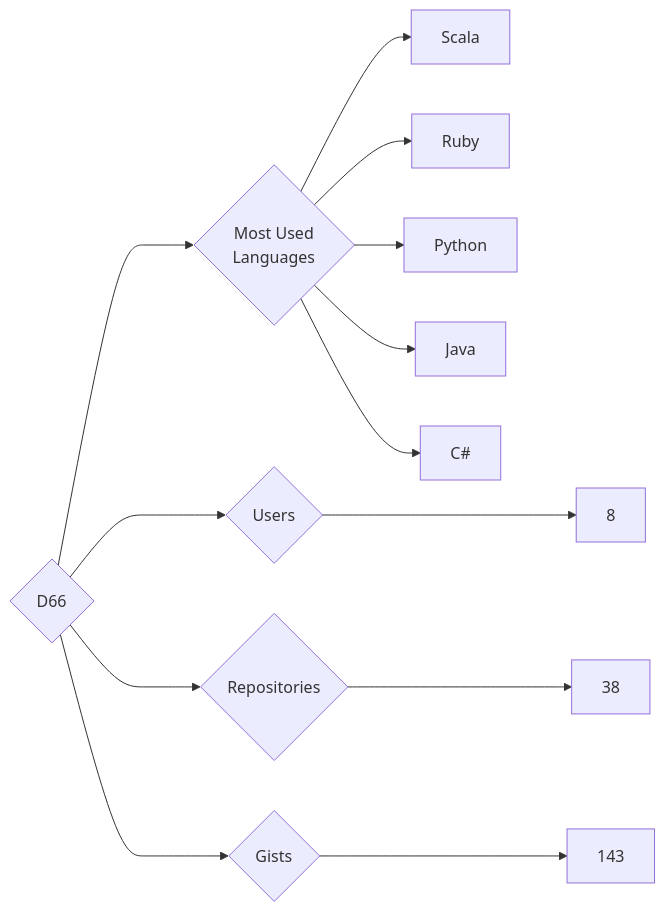
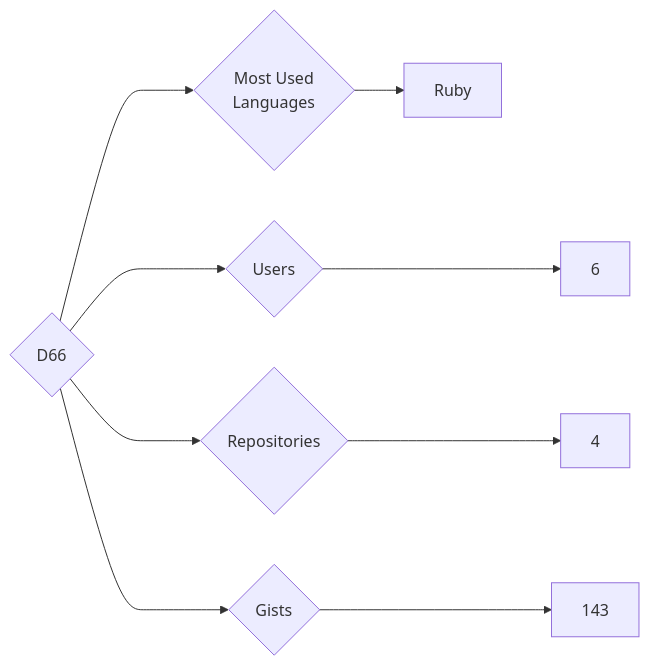
The diagram in targets/D66/README.md (trickest/insiders), drawn with Mermaid before and after one commit. The commit also changed 750 other files, not shown here.

````diff
--- a/targets/D66/README.md
+++ b/targets/D66/README.md
@@ -3,13 +3,9 @@
 ```mermaid
 graph LR
 COMPANY_NAME{D66}
-COMPANY_NAME ---> U{Users} ---> UN[8]
-COMPANY_NAME ---> R{Repositories} ---> RN[38]
+COMPANY_NAME ---> U{Users} ---> UN[6]
+COMPANY_NAME ---> R{Repositories} ---> RN[4]
 COMPANY_NAME ---> G{Gists} ---> GN[143]
 COMPANY_NAME ---> ML{Most Used<br>Languages}
-ML --> Scala[Scala]
 ML --> Ruby[Ruby]
-ML --> Python[Python]
-ML --> Java[Java]
-ML --> C#[C#]
 ```
````
